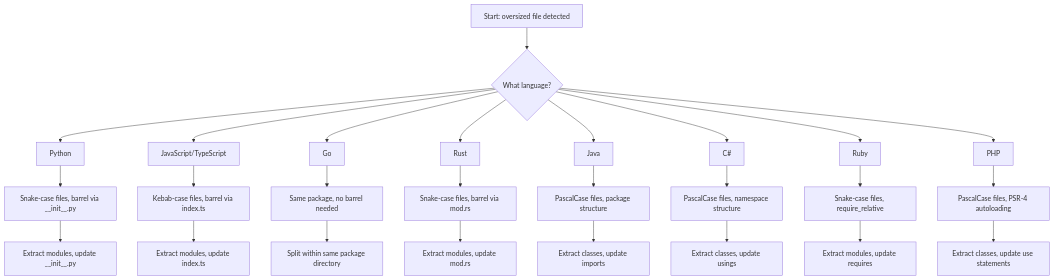
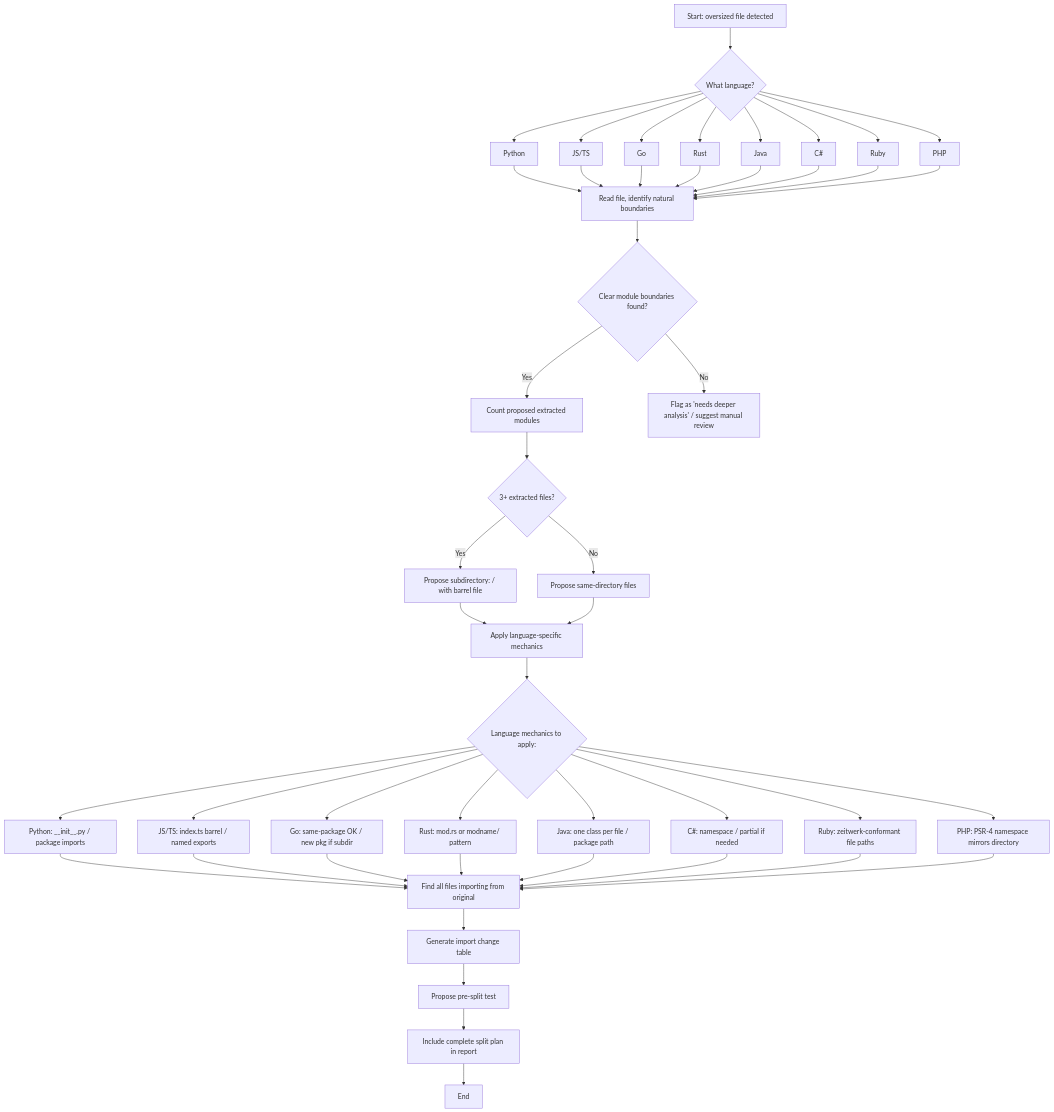
One commit to Drakaniia/skills changed the diagram in _shared/references/SPLITTING-GUIDE.md. Above: the diagram before and after it, drawn with Mermaid. The commit also changed other lines of this file and 4 other files, not shown here.

````diff
--- a/_shared/references/SPLITTING-GUIDE.md
+++ b/_shared/references/SPLITTING-GUIDE.md
@@ -29,28 +20,56 @@
 ```mermaid
 flowchart TD
     A[Start: oversized file detected] --> B{What language?}
     B --> C1[Python]
-    B --> C2[JavaScript/TypeScript]
+    B --> C2[JS/TS]
     B --> C3[Go]
     B --> C4[Rust]
     B --> C5[Java]
     B --> C6[C#]
     B --> C7[Ruby]
     B --> C8[PHP]
-    C1 --> D1[Snake-case files, barrel via __init__.py]
-    C2 --> D2[Kebab-case files, barrel via index.ts]
-    C3 --> D3[Same package, no barrel needed]
-    C4 --> D4[Snake-case files, barrel via mod.rs]
-    C5 --> D5[PascalCase files, package structure]
-    C6 --> D6[PascalCase files, namespace structure]
-    C7 --> D7[Snake-case files, require_relative]
-    C8 --> D8[PascalCase files, PSR-4 autoloading]
-    D1 --> E1[Extract modules, update __init__.py]
-    D2 --> E2[Extract modules, update index.ts]
-    D3 --> E3[Split within same package directory]
-    D4 --> E4[Extract modules, update mod.rs]
-    D5 --> E5[Extract classes, update imports]
-    D6 --> E6[Extract classes, update usings]
-    D7 --> E7[Extract modules, update requires]
-    D8 --> E8[Extract classes, update use statements]
+
+    C1 --> D[Read file, identify natural boundaries]
+    C2 --> D
+    C3 --> D
+    C4 --> D
+    C5 --> D
+    C6 --> D
+    C7 --> D
+    C8 --> D
+
+    D --> E{Clear module boundaries found?}
+    E -->|Yes| F[Count proposed extracted modules]
+    E -->|No| G[Flag as 'needs deeper analysis' / suggest manual review]
+
+    F --> H{3+ extracted files?}
+    H -->|Yes| I[Propose subdirectory: <original-name>/ with barrel file]
+    H -->|No| J[Propose same-directory files]
+
+    I --> K[Apply language-specific mechanics]
+    J --> K
+
+    K --> L{Language mechanics to apply:}
+    L --> M1[Python: __init__.py / package imports]
+    L --> M2[JS/TS: index.ts barrel / named exports]
+    L --> M3[Go: same-package OK / new pkg if subdir]
+    L --> M4[Rust: mod.rs or modname/ pattern]
+    L --> M5[Java: one class per file / package path]
+    L --> M6[C#: namespace / partial if needed]
+    L --> M7[Ruby: zeitwerk-conformant file paths]
+    L --> M8[PHP: PSR-4 namespace mirrors directory]
+
+    M1 --> N[Find all files importing from original]
+    M2 --> N
+    M3 --> N
+    M4 --> N
+    M5 --> N
+    M6 --> N
+    M7 --> N
+    M8 --> N
+
+    N --> O[Generate import change table]
+    O --> P[Propose pre-split test]
+    P --> Q[Include complete split plan in report]
+    Q --> R[End]
 ```
````
